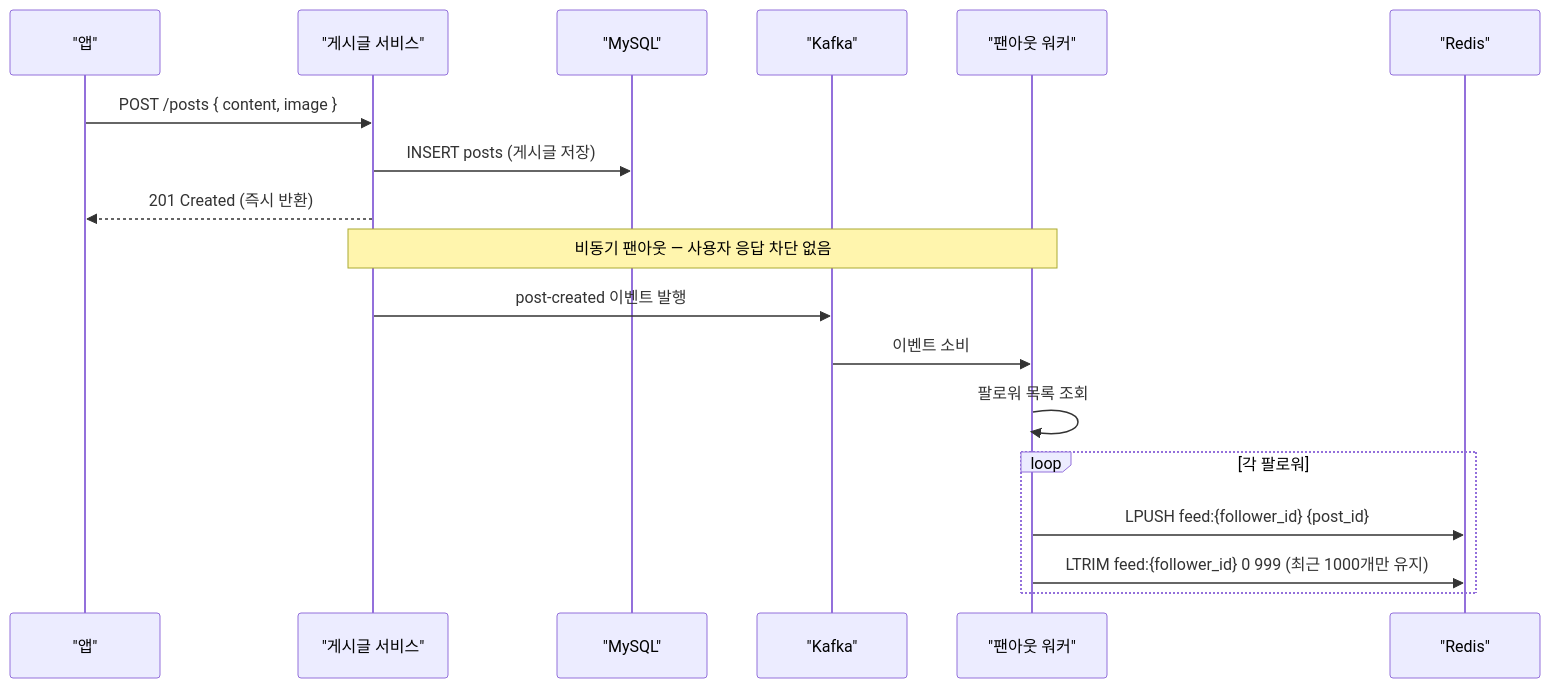
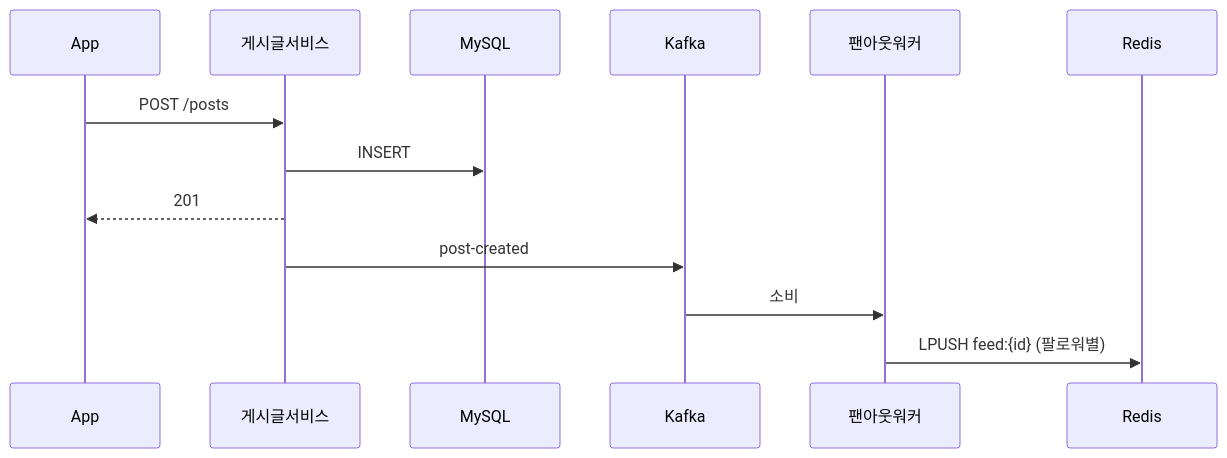
One commit to yjkim2015/yjkim2015.github.io changed the fifth of 6 diagrams in _posts/systemdesign/2026-05-02-system-design-newsfeed.md. Above: the diagram before and after it, drawn with Mermaid. The commit also changed other lines of this file and 215 other files, not shown here.

First line of the commit message:
신규 포스트 10개 추가 + Mermaid 전면 축소 + SystemDesign 시리즈 보강

````diff
--- a/_posts/systemdesign/2026-05-02-system-design-newsfeed.md
+++ b/_posts/systemdesign/2026-05-02-system-design-newsfeed.md
@@ -134,22 +124,15 @@
 ```mermaid
 sequenceDiagram
-    participant App as "앱"
-    participant PostSvc as "게시글 서비스"
-    participant DB as "MySQL"
-    participant Kafka as "Kafka"
-    participant Worker as "팬아웃 워커"
-    participant Cache as "Redis"
-
-    App->>PostSvc: POST /posts { content, image }
-    PostSvc->>DB: INSERT posts (게시글 저장)
-    PostSvc-->>App: 201 Created (즉시 반환)
-
-    Note over PostSvc,Worker: 비동기 팬아웃 — 사용자 응답 차단 없음
-    PostSvc->>Kafka: post-created 이벤트 발행
-    Kafka->>Worker: 이벤트 소비
-    Worker->>Worker: 팔로워 목록 조회
-    loop 각 팔로워
-        Worker->>Cache: LPUSH feed:{follower_id} {post_id}
-        Worker->>Cache: LTRIM feed:{follower_id} 0 999 (최근 1000개만 유지)
-    end
+    participant App
+    participant Svc as 게시글서비스
+    participant DB as MySQL
+    participant K as Kafka
+    participant W as 팬아웃워커
+    participant C as Redis
+    App->>Svc: POST /posts
+    Svc->>DB: INSERT
+    Svc-->>App: 201
+    Svc->>K: post-created
+    K->>W: 소비
+    W->>C: LPUSH feed:{id} (팔로워별)
 ```
````
